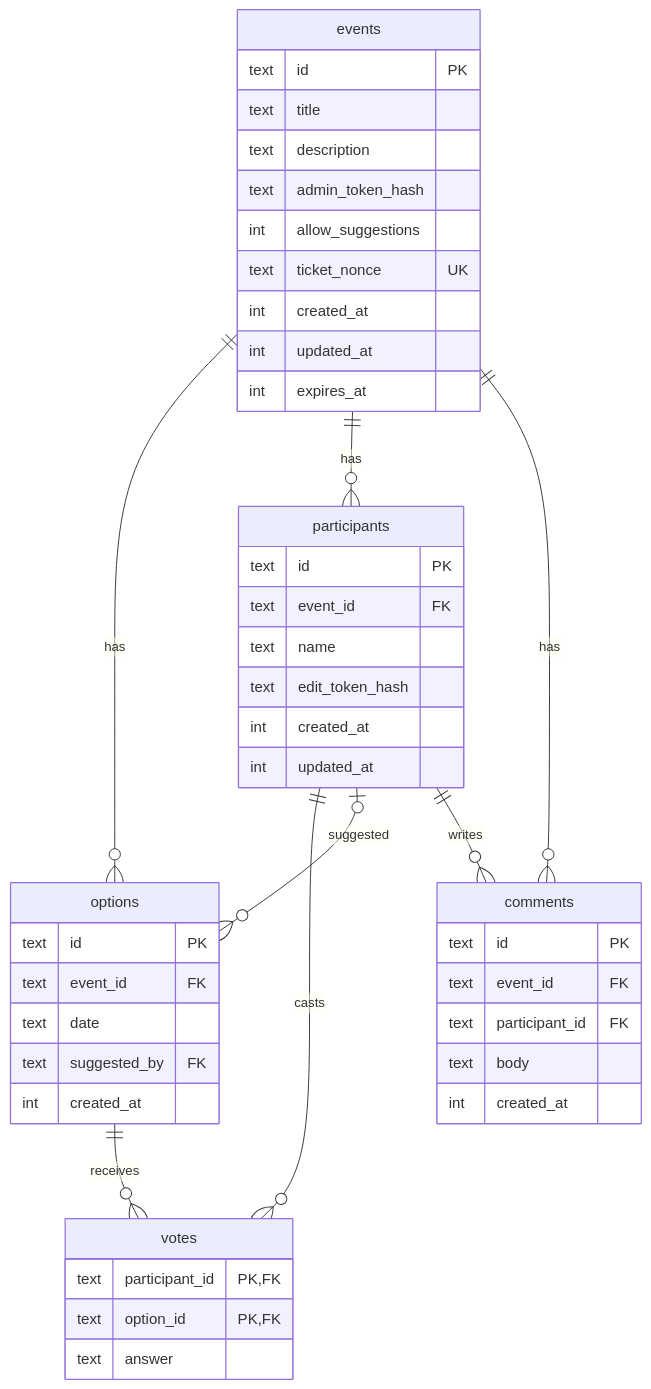
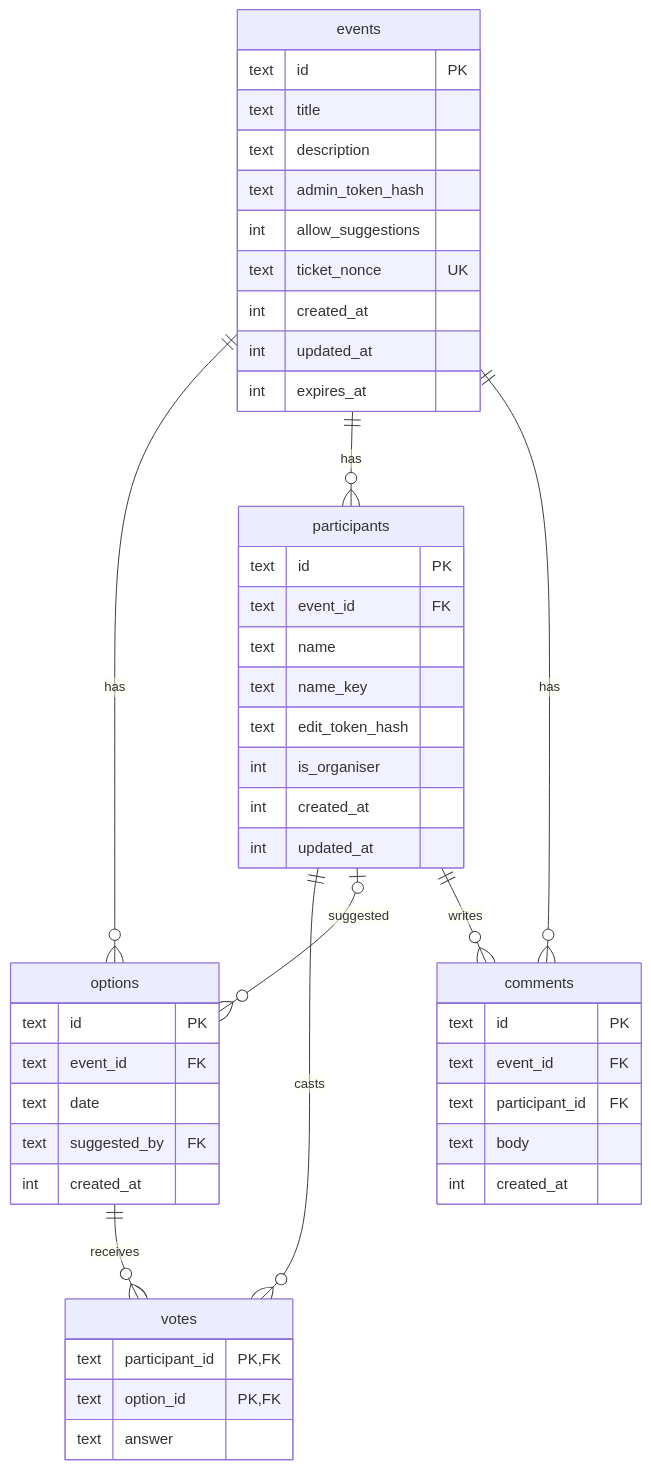
Before and after one commit to suomiton/pikadai: the diagram in docs/database.md, drawn with Mermaid. The commit also changed other lines of this file and 7 other files, not shown here.

````diff
--- a/docs/database.md
+++ b/docs/database.md
@@ -12,49 +12,51 @@
 ```mermaid
 erDiagram
     events ||--o{ options : "has"
     events ||--o{ participants : "has"
     participants ||--o{ votes : "casts"
     options ||--o{ votes : "receives"
     participants |o--o{ options : "suggested"
     events ||--o{ comments : "has"
     participants ||--o{ comments : "writes"
 
     events {
         text id PK
         text title
         text description
         text admin_token_hash
         int  allow_suggestions
         text ticket_nonce UK
         int  created_at
         int  updated_at
         int  expires_at
     }
     options {
         text id PK
         text event_id FK
         text date
         text suggested_by FK
         int  created_at
     }
     participants {
         text id PK
         text event_id FK
         text name
+        text name_key
         text edit_token_hash
+        int  is_organiser
         int  created_at
         int  updated_at
     }
     votes {
         text participant_id PK,FK
         text option_id PK,FK
         text answer
     }
     comments {
         text id PK
         text event_id FK
         text participant_id FK
         text body
         int  created_at
     }
 ```
````
